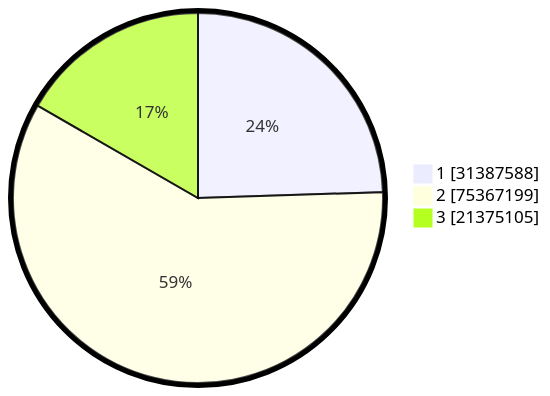
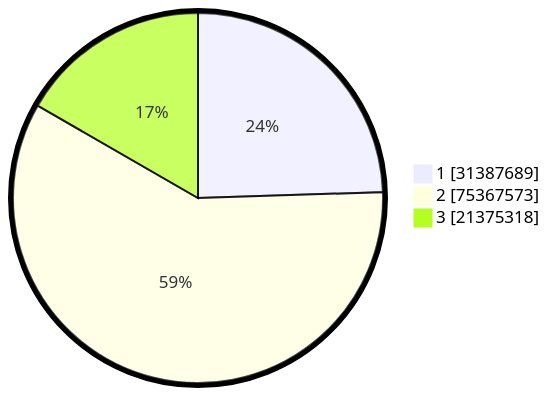
Before and after one commit to gigit-pemilu/pemilu-2024: the second of 2 diagrams in pilpres/hitung-suara/README.md, drawn with Mermaid. The commit also changed other lines of this file and 5 other files, not shown here.

````diff
--- a/pilpres/hitung-suara/README.md
+++ b/pilpres/hitung-suara/README.md
@@ -93,7 +93,7 @@
 ```mermaid
 %%{init: {"pie": {"textPosition": 0.5}, "themeVariables": {"pieOuterStrokeWidth": "5px"}} }%%
 pie showData
-    "1" : 31387588
-    "2" : 75367199
-    "3" : 21375105
+    "1" : 31387689
+    "2" : 75367573
+    "3" : 21375318
 ```
````
